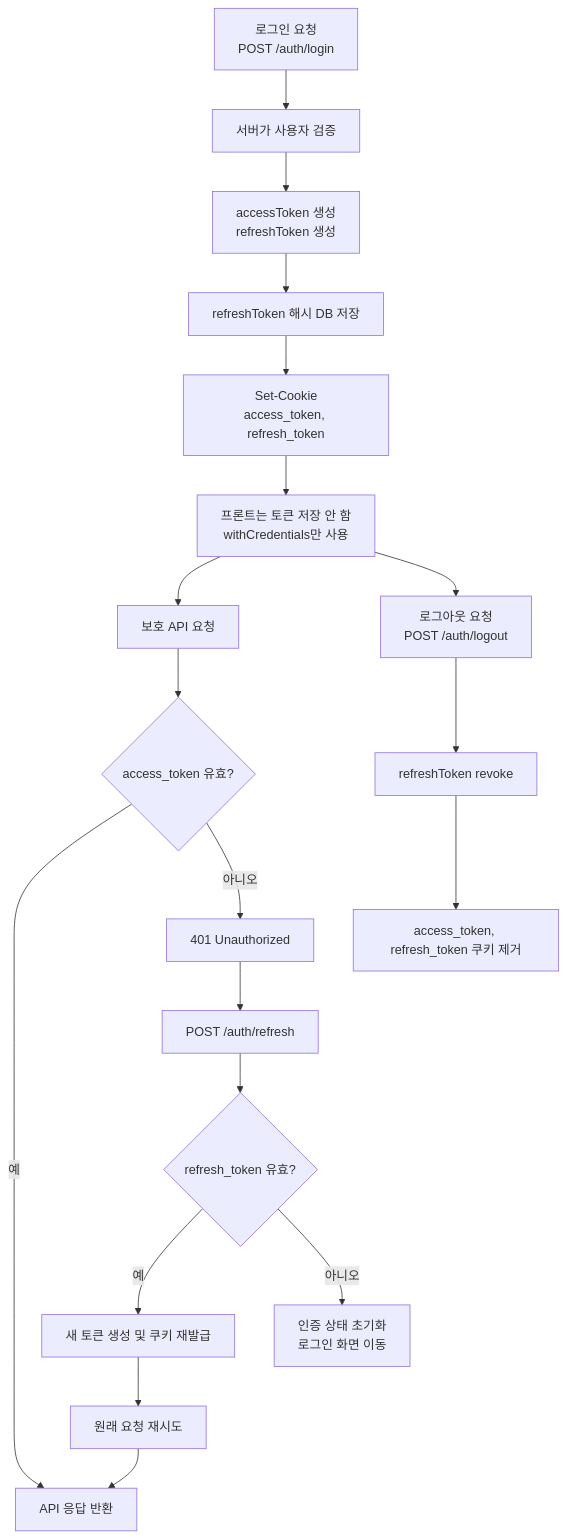
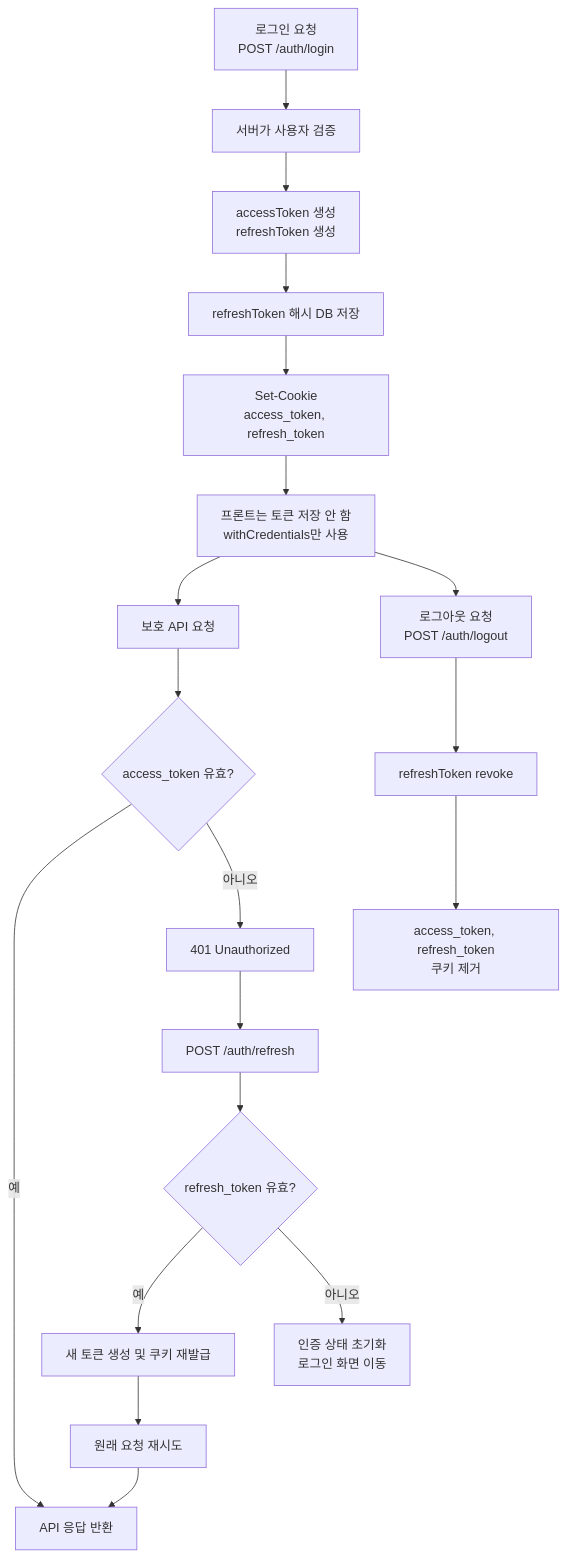
Before and after one commit to Pangho297/p-log_client: the first of 5 diagrams in docs/auth-token-flow.md, drawn with Mermaid. The commit also changed other lines of this file and 4 other files, not shown here.

````diff
--- a/docs/auth-token-flow.md
+++ b/docs/auth-token-flow.md
@@ -19,23 +19,23 @@
 ```mermaid
 flowchart TD
   A[로그인 요청<br/>POST /auth/login] --> B[서버가 사용자 검증]
   B --> C[accessToken 생성<br/>refreshToken 생성]
   C --> D[refreshToken 해시 DB 저장]
   D --> E[Set-Cookie<br/>access_token, refresh_token]
   E --> F[프론트는 토큰 저장 안 함<br/>withCredentials만 사용]
 
   F --> G[보호 API 요청]
   G --> H{access_token 유효?}
   H -- 예 --> I[API 응답 반환]
   H -- 아니오 --> J[401 Unauthorized]
   J --> K[POST /auth/refresh]
   K --> L{refresh_token 유효?}
   L -- 예 --> M[새 토큰 생성 및 쿠키 재발급]
   M --> N[원래 요청 재시도]
   N --> I
   L -- 아니오 --> O[인증 상태 초기화<br/>로그인 화면 이동]
 
   F --> P[로그아웃 요청<br/>POST /auth/logout]
   P --> Q[refreshToken revoke]
-  Q --> R[access_token, refresh_token 쿠키 제거]
+  Q --> R[access_token, refresh_token<br />쿠키 제거]
 ```
````
